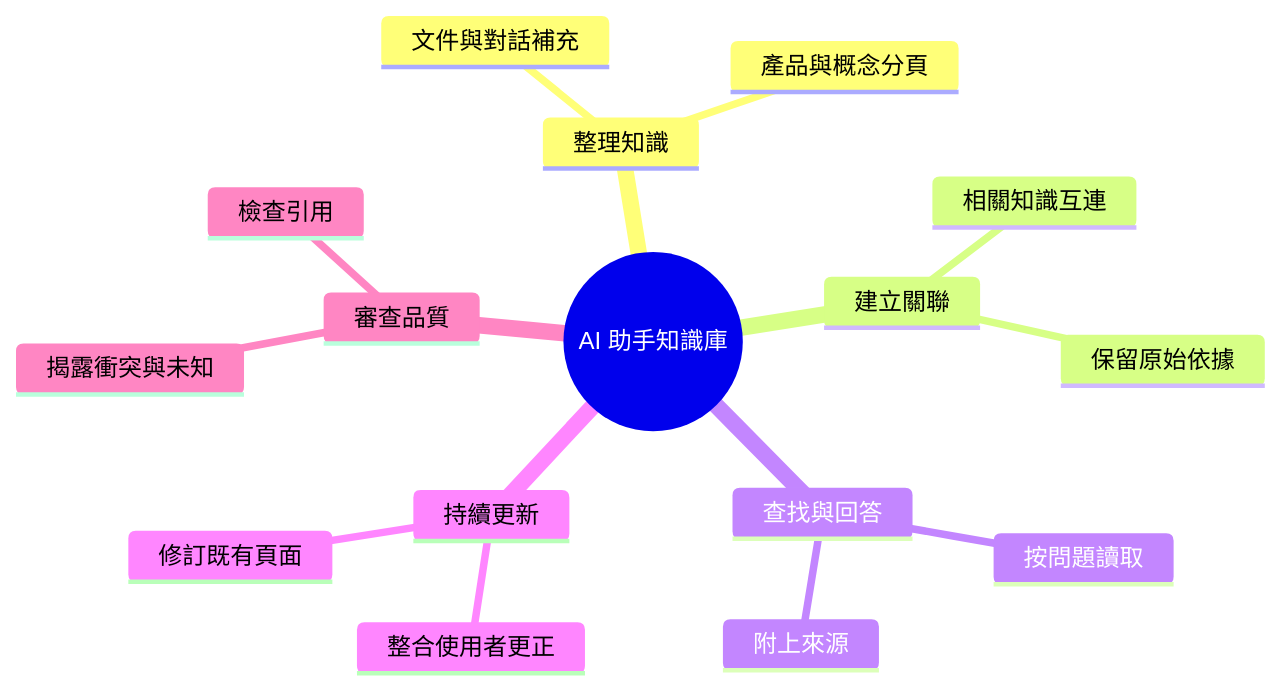
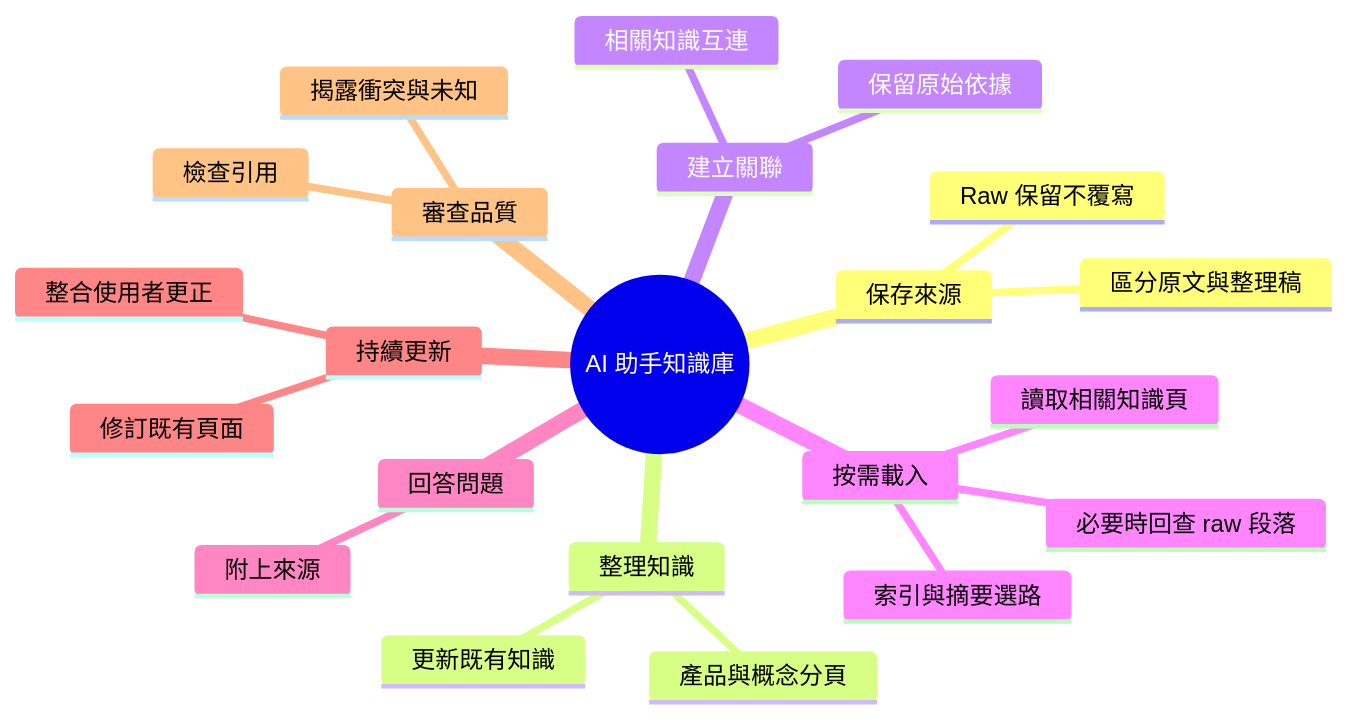
Before and after one commit to minxinchen/wiki-change-impact: the second of 2 diagrams in README.md, drawn with Mermaid. The commit also changed other lines of this file and 1 other file, not shown here.

Commit message:
Explain raw preservation and on-demand wiki loading with implementation limits

````diff
--- a/README.md
+++ b/README.md
@@ -68,19 +83,25 @@
 ```mermaid
 mindmap
   root((AI 助手知識庫))
+    保存來源
+      Raw 保留不覆寫
+      區分原文與整理稿
     整理知識
-      文件與對話補充
       產品與概念分頁
+      更新既有知識
     建立關聯
       相關知識互連
       保留原始依據
-    查找與回答
-      按問題讀取
+    按需載入
+      索引與摘要選路
+      讀取相關知識頁
+      必要時回查 raw 段落
+    回答問題
       附上來源
     持續更新
       整合使用者更正
       修訂既有頁面
     審查品質
       檢查引用
       揭露衝突與未知
 ```
````
